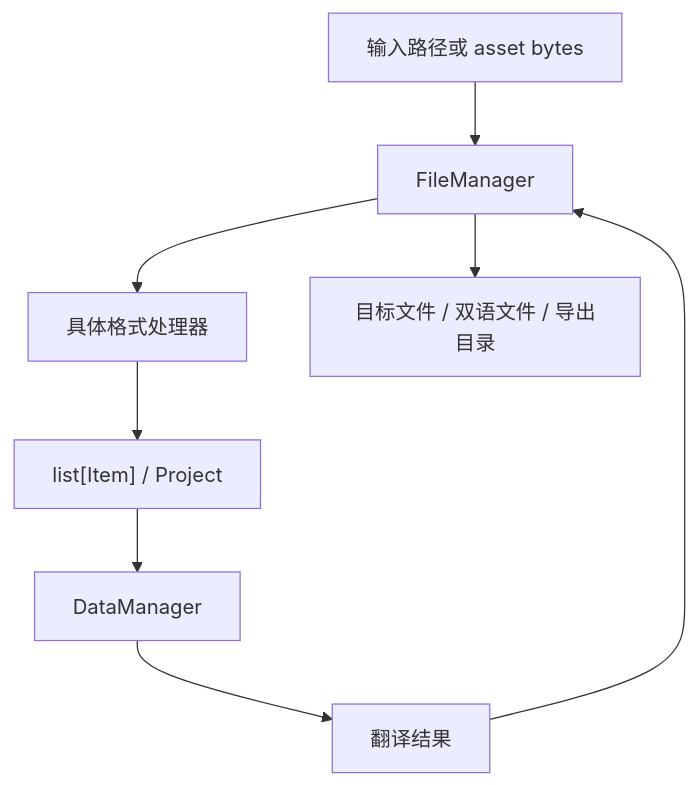
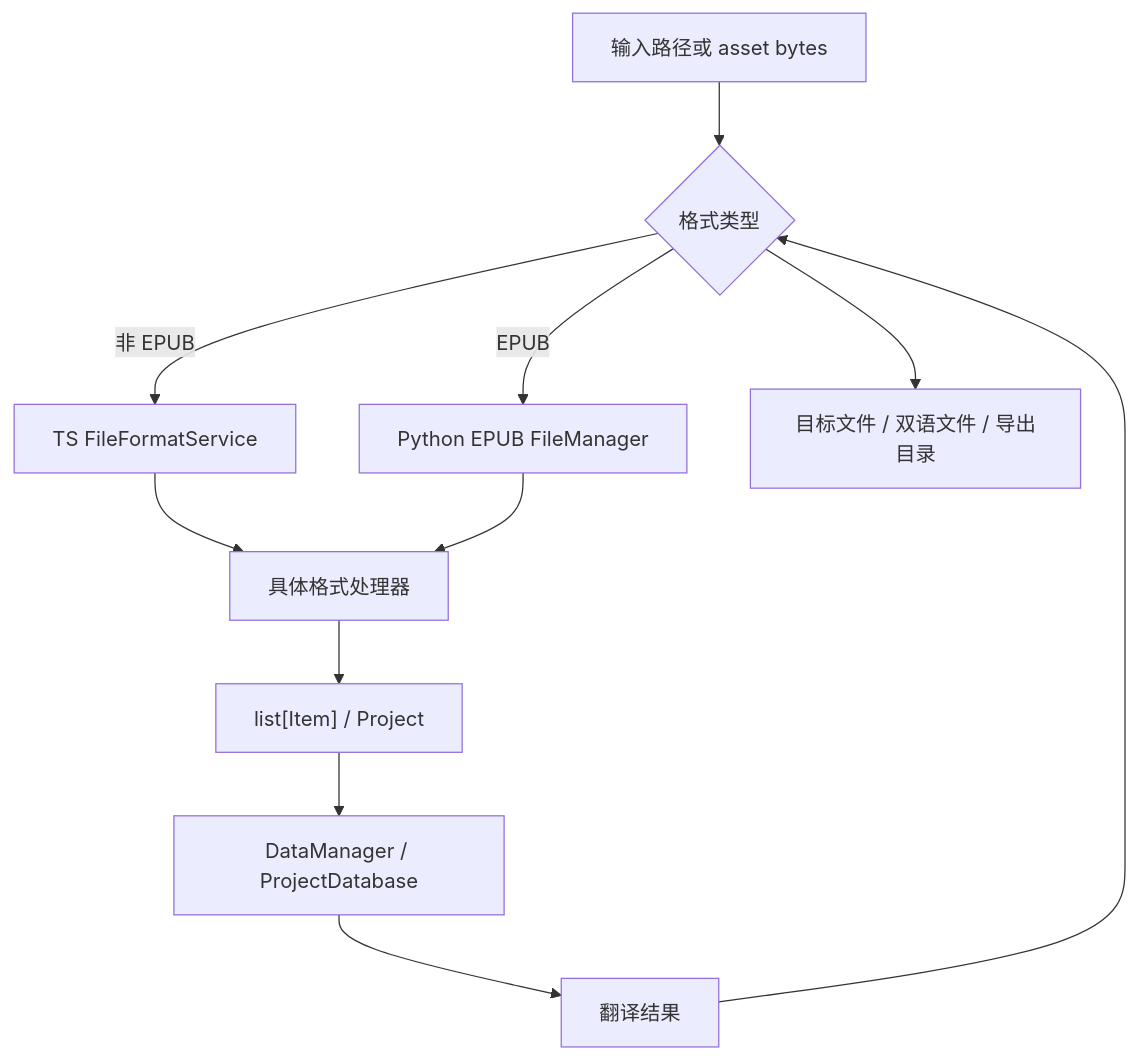
The fourth of 4 diagrams in docs/DATA.md (neavo/LinguaGacha), drawn with Mermaid before and after one commit. The commit also changed other lines of this file and 103 other files, not shown here.

````diff
--- a/docs/DATA.md
+++ b/docs/DATA.md
@@ -110,10 +112,13 @@
 ```mermaid
 flowchart TD
-    A["输入路径或 asset bytes"] --> B["FileManager"]
-    B --> C["具体格式处理器"]
-    C --> D["list[Item] / Project"]
-    D --> E["DataManager"]
-    E --> F["翻译结果"]
-    F --> B
-    B --> G["目标文件 / 双语文件 / 导出目录"]
+    A["输入路径或 asset bytes"] --> B{"格式类型"}
+    B -->|非 EPUB| C["TS FileFormatService"]
+    B -->|EPUB| D["Python EPUB FileManager"]
+    C --> E["具体格式处理器"]
+    D --> E
+    E --> F["list[Item] / Project"]
+    F --> G["DataManager / ProjectDatabase"]
+    G --> H["翻译结果"]
+    H --> B
+    B --> I["目标文件 / 双语文件 / 导出目录"]
 ```
````
